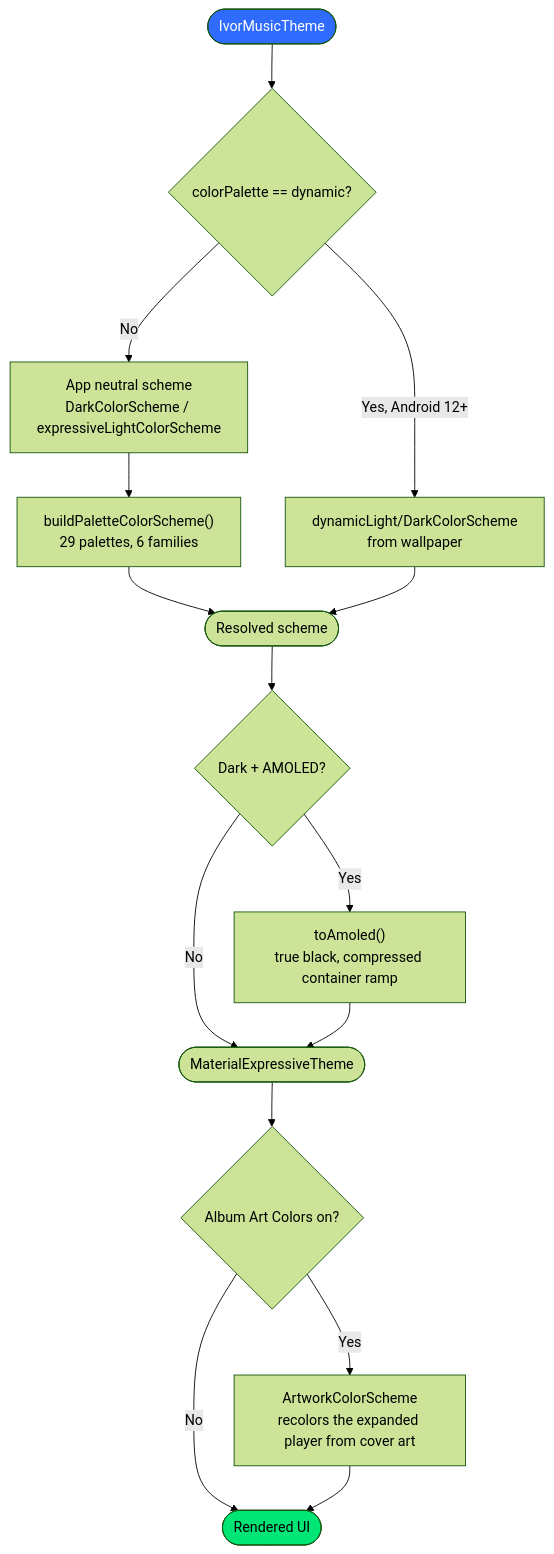
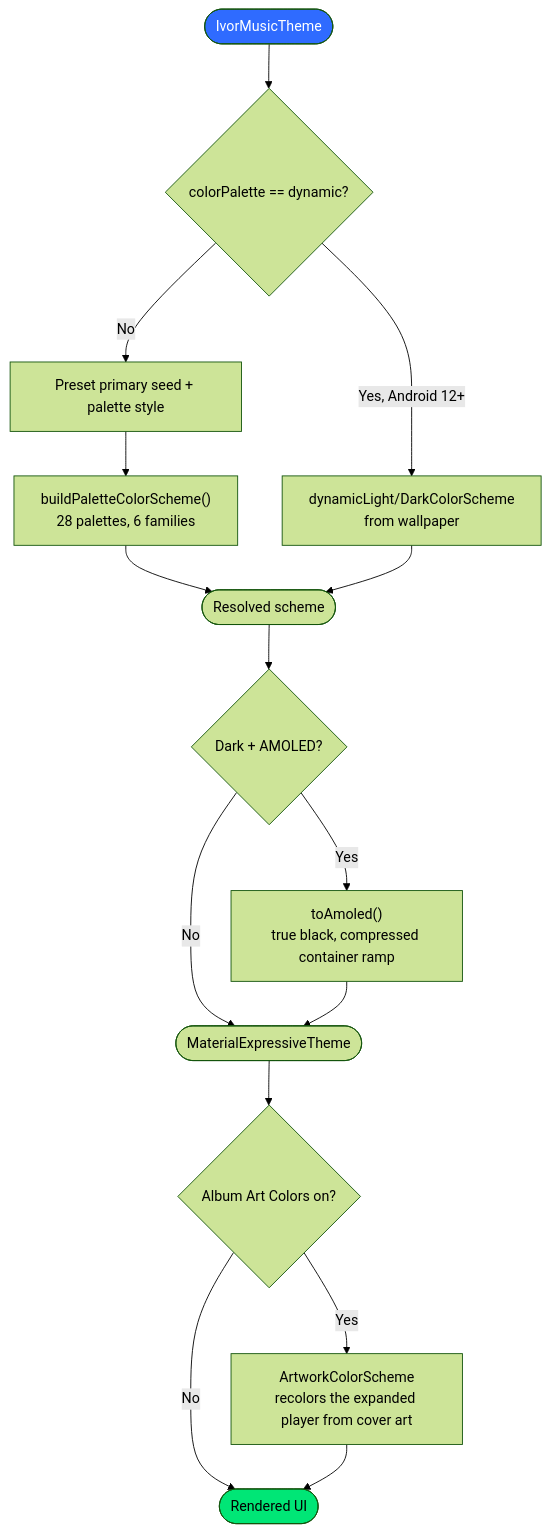
One commit to Ivorisnoob/Koda changed the third of 3 diagrams in DESIGN.md. Above: the diagram before and after it, drawn with Mermaid (forest theme). The commit also changed other lines of this file and 17 other files, not shown here.

````diff
--- a/DESIGN.md
+++ b/DESIGN.md
@@ -149,24 +149,24 @@
 ```mermaid
 flowchart TD
     Start([IvorMusicTheme]) --> Q{colorPalette == dynamic?}
 
     Q -->|Yes, Android 12+| Dyn["dynamicLight/DarkColorScheme<br/>from wallpaper"]
-    Q -->|No| Neutral["App neutral scheme<br/>DarkColorScheme / expressiveLightColorScheme"]
+    Q -->|No| Seed["Preset primary seed + palette style"]
 
-    Neutral --> Pal["buildPaletteColorScheme()<br/>29 palettes, 6 families"]
+    Seed --> Pal["buildPaletteColorScheme()<br/>28 palettes, 6 families"]
     Pal --> Merge
     Dyn --> Merge([Resolved scheme])
 
     Merge --> Amoled{Dark + AMOLED?}
     Amoled -->|Yes| Black["toAmoled()<br/>true black, compressed container ramp"]
     Amoled -->|No| Out
     Black --> Out([MaterialExpressiveTheme])
 
     Out --> Art{Album Art Colors on?}
     Art -->|Yes| ArtScheme["ArtworkColorScheme<br/>recolors the expanded player from cover art"]
     Art -->|No| Done([Rendered UI])
     ArtScheme --> Done
 
     style Start fill:#2F6BFF,color:#fff
     style Done fill:#00E676,color:#000
 ```
````
